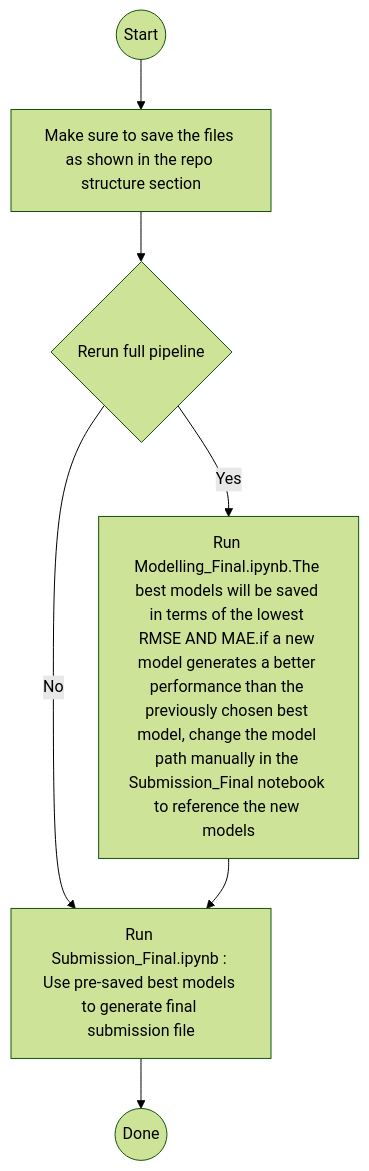
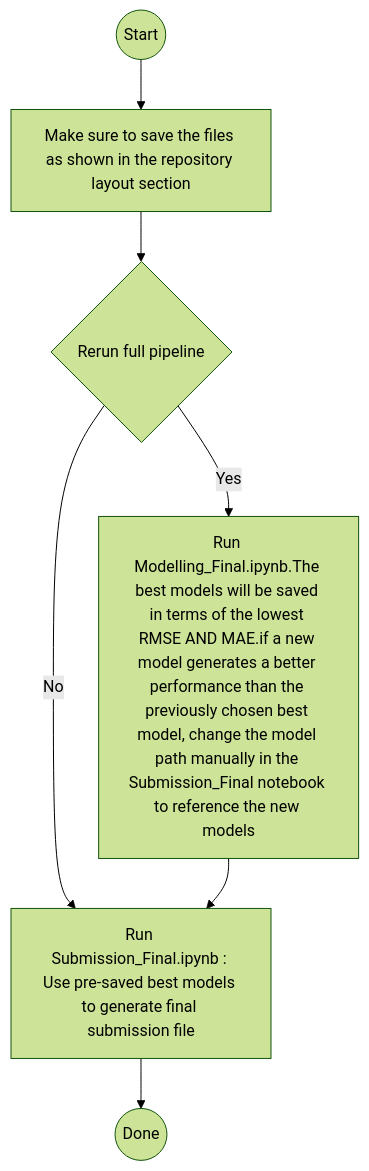
Before and after one commit to Julie-Montague/Zindi-Maize-Price-Prediction-Challenge: the diagram in README.md, drawn with Mermaid (forest theme). The commit also changed other lines of this file, not shown here.

````diff
--- a/README.md
+++ b/README.md
@@ -45,13 +45,13 @@
 ```mermaid
 flowchart TD
     %% Workflow for training & submission
 
-    A((Start)) --> B[Make sure to save the files as shown in the repo structure section]
+    A((Start)) --> B[Make sure to save the files as shown in the repository layout section]
     B --> C{Rerun full pipeline}
     C -- Yes --> D[Run Modelling_Final.ipynb.The best models will be saved in terms of the lowest RMSE AND MAE.if a new model generates a better performance than the previously chosen best model, change the model path manually in the Submission_Final notebook to reference the new models]
     C -- No  --> E[Run Submission_Final.ipynb : Use pre-saved best models to generate final submission file]
 
     %% Final submission
     D --> E
     E --> F((Done))
 ```
````
